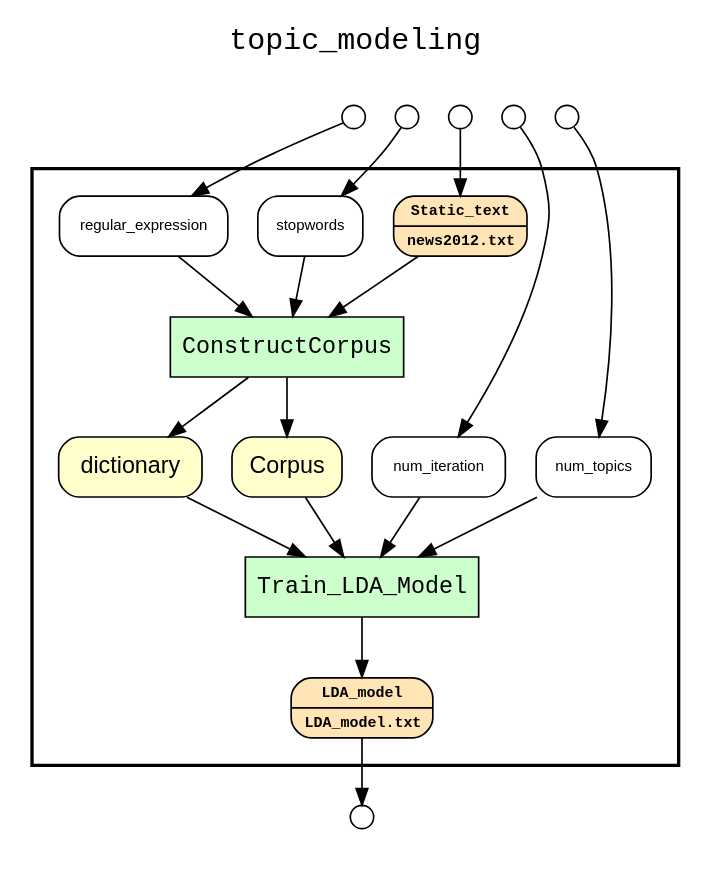
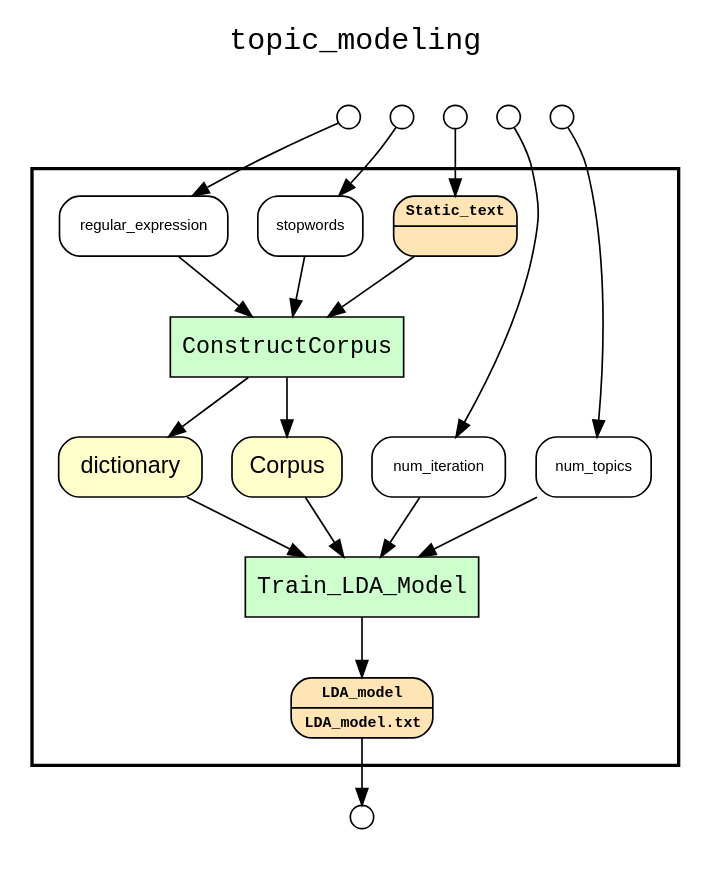
Before and after one commit to LanLi2017/yw_text-mining: the diagram in text_mining/topic_modeling/results/wf_recon_upstream_of_LDA_model.gv, drawn with Graphviz. The commit also changed 33 other files, not shown here.

```diff
--- a/text_mining/topic_modeling/results/wf_recon_upstream_of_LDA_model.gv
+++ b/text_mining/topic_modeling/results/wf_recon_upstream_of_LDA_model.gv
@@ -1,56 +1,56 @@
 
 digraph yw_data_view {
 rankdir=TB
 fontname=Courier; fontsize=18; labelloc=t
 label="topic_modeling"
 subgraph cluster_workflow { label=""; color=black; penwidth=2
 subgraph cluster_workflow_inner { label=""; color=white
 node[shape=box style="filled" fillcolor="#CCFFCC" peripheries=1 fontname=Courier]
 ConstructCorpus
 Train_LDA_Model
 node[shape=box style="filled" fillcolor="#CCFFCC" peripheries=1 fontname=Courier]
 ConstructCorpus
 node[shape=box style="rounded,filled" fillcolor="#FFFFCC" peripheries=1 fontname=Helvetica]
 dictionary
 Corpus
 node[shape=box style="rounded,filled" fillcolor="#FFE4B5" peripheries=1 fontname="Courier-Bold" fontsize=9]
-Static_text[shape=record rankdir=LR label="{<f0> Static_text |<f1>news2012.txt\l}"]
+Static_text[shape=record rankdir=LR label="{<f0> Static_text |<f1>}"]
 node[shape=box style="rounded,filled" fillcolor="#FFE4B5" peripheries=1 fontname="Courier-Bold" fontsize=9]
 LDA_model[shape=record rankdir=LR label="{<f0> LDA_model |<f1>LDA_model.txt\l}"]
 node[shape=box style="rounded,filled" fillcolor="#FFFFFF" peripheries=1 fontname=Helvetica]
 stopwords
 regular_expression
 num_iteration
 num_topics
 }}
 subgraph cluster_inflows { label=""; color=white; penwidth=2
 subgraph cluster_inflows_inner { label=""; color=white
 node[shape=circle fillcolor="#FFFFFF" peripheries=1 width=0.2]
 Static_text_inflow [label=""]
 stopwords_inflow [label=""]
 regular_expression_inflow [label=""]
 num_iteration_inflow [label=""]
 num_topics_inflow [label=""]
 }}
 subgraph cluster_outflows { label=""; color=white; penwidth=2
 subgraph cluster_outflows_inner { label=""; color=white
 node[shape=circle fillcolor="#FFFFFF" peripheries=1 width=0.2]
 LDA_model_outflow [label=""]
 }}
 num_topics -> Train_LDA_Model
 num_iteration -> Train_LDA_Model
 Corpus -> Train_LDA_Model
 dictionary -> Train_LDA_Model
 regular_expression -> ConstructCorpus
 stopwords -> ConstructCorpus
 Static_text -> ConstructCorpus
 ConstructCorpus -> dictionary
 ConstructCorpus -> Corpus
 Train_LDA_Model -> LDA_model
 Static_text_inflow -> Static_text
 stopwords_inflow -> stopwords
 regular_expression_inflow -> regular_expression
 num_iteration_inflow -> num_iteration
 num_topics_inflow -> num_topics
 LDA_model -> LDA_model_outflow
 }
```
